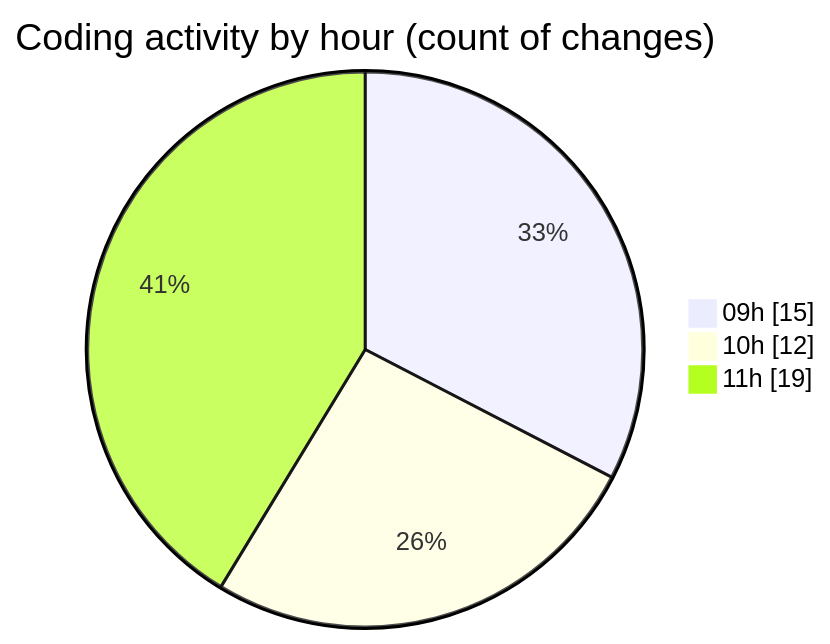
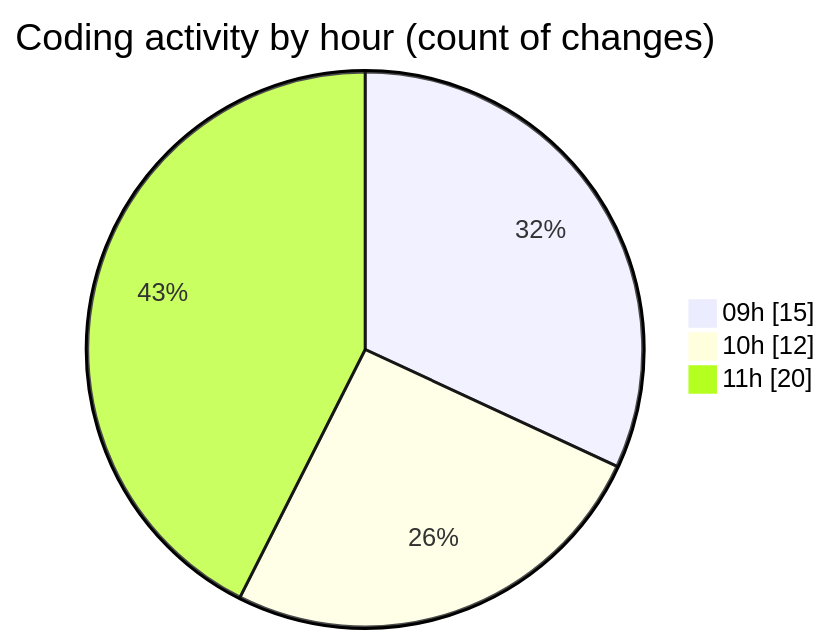
The second of 2 diagrams in 2025-09-16/datanv/README.md (lephambinh05/code-tracking), drawn with Mermaid before and after one commit. The commit also changed other lines of this file and 1 other file, not shown here.

````diff
--- a/2025-09-16/datanv/README.md
+++ b/2025-09-16/datanv/README.md
@@ -45,7 +45,7 @@
 ```mermaid
 pie showData
 title Coding activity by hour (count of changes)
 "09h" : 15
 "10h" : 12
-"11h" : 19
+"11h" : 20
 ```
````
